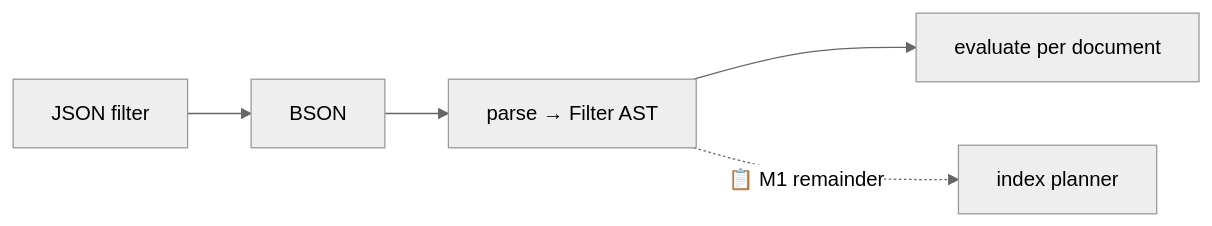
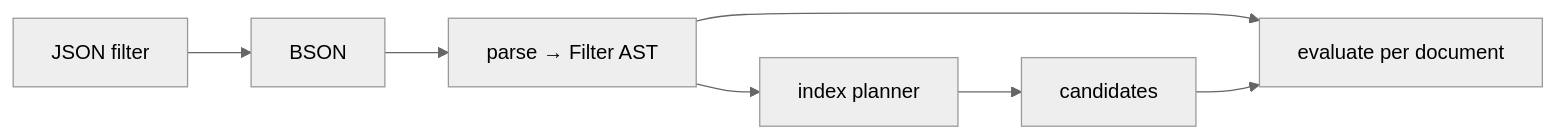
The diagram in docs/query-language.md (titusai-io/kimmydb), drawn with Mermaid (neutral theme) before and after one commit. The commit also changed other lines of this file and 10 other files, not shown here.

````diff
--- a/docs/query-language.md
+++ b/docs/query-language.md
@@ -18,6 +18,7 @@
 ```mermaid
 graph LR
     J["JSON filter"] --> B["BSON"] --> P["parse → Filter AST"]
     P --> E["evaluate per document"]
-    P -.->|"📋 M1 remainder"| I["index planner"]
+    P --> I["index planner"]
+    I --> C["candidates"] --> E
 ```
````
